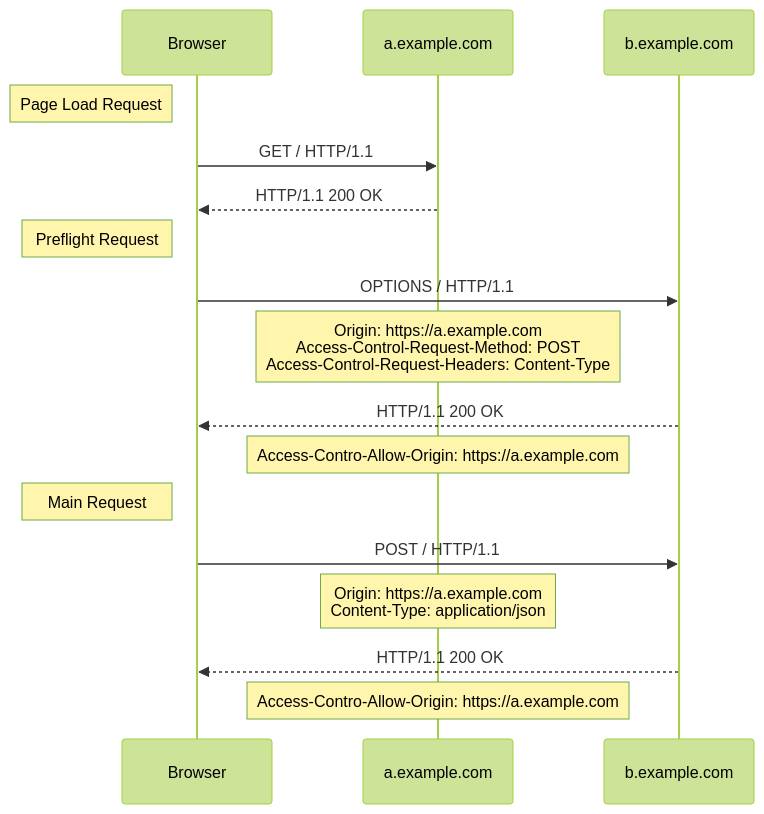
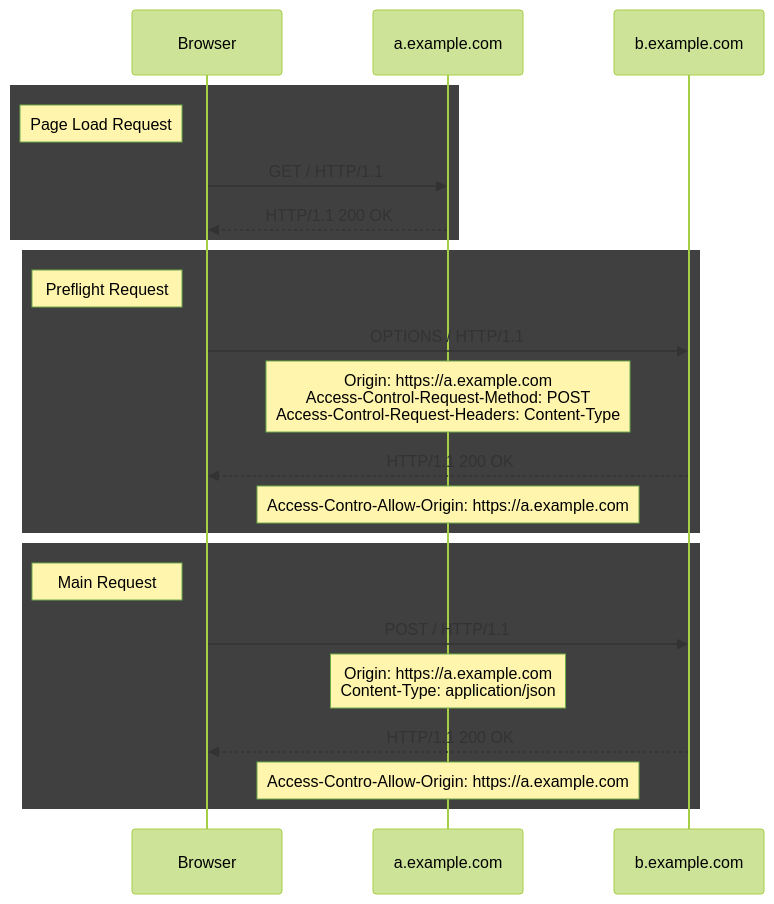
One commit to zeek0x/cors-handson changed the third of 3 diagrams in README.md. Above: the diagram before and after it, drawn with Mermaid (forest theme). The commit also changed other lines of this file, not shown here.

Commit message:
Add rect to Sequence Diagram

````diff
--- a/README.md
+++ b/README.md
@@ -235,23 +241,28 @@
 ```mermaid
 sequenceDiagram
     participant c as Browser
     participant a as a.example.com
     participant b as b.example.com
 
-    Note left of c: Page Load Request
-    c->>a: GET / HTTP/1.1
-    a-->>c: HTTP/1.1 200 OK
+    rect rgb(64, 64, 64)
+        Note left of c: Page Load Request
+        c->>a: GET / HTTP/1.1
+        a-->>c: HTTP/1.1 200 OK
+    end
 
-    Note left of c: Preflight Request
-    c->>b: OPTIONS / HTTP/1.1
-    Note over a: Origin: https://a.example.com<br>Access-Control-Request-Method: POST<br>Access-Control-Request-Headers: Content-Type
-    b-->>c: HTTP/1.1 200 OK
-    Note over a: Access-Contro-Allow-Origin: https://a.example.com
+    rect rgb(64, 64, 64)
+        Note left of c: Preflight Request
+        c->>b: OPTIONS / HTTP/1.1
+        Note over a: Origin: https://a.example.com<br>Access-Control-Request-Method: POST<br>Access-Control-Request-Headers: Content-Type
+        b-->>c: HTTP/1.1 200 OK
+        Note over a: Access-Contro-Allow-Origin: https://a.example.com
+    end
 
-    Note left of c: Main Request
-    c->>b: POST / HTTP/1.1
-    Note over a: Origin: https://a.example.com<br>Content-Type: application/json
-    b-->>c: HTTP/1.1 200 OK
-    Note over a: Access-Contro-Allow-Origin: https://a.example.com
-
+    rect rgb(64, 64, 64)
+        Note left of c: Main Request
+        c->>b: POST / HTTP/1.1
+        Note over a: Origin: https://a.example.com<br>Content-Type: application/json
+        b-->>c: HTTP/1.1 200 OK
+        Note over a: Access-Contro-Allow-Origin: https://a.example.com
+    end
 ```
````
